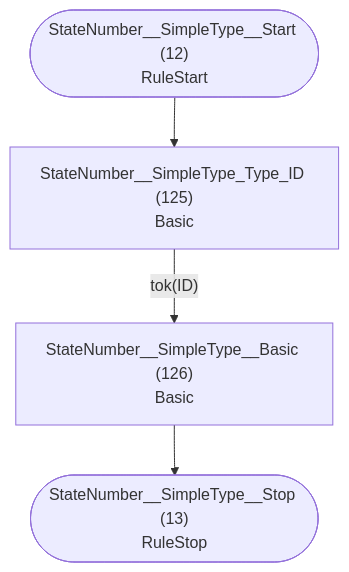
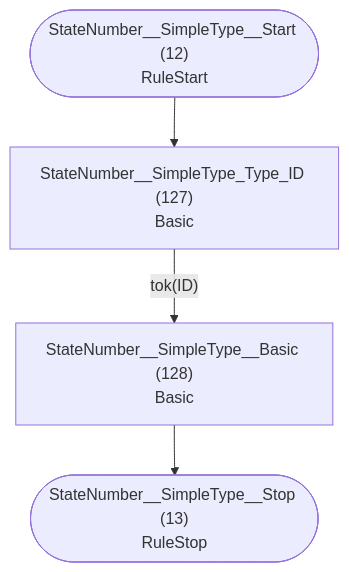
The seventh of 33 diagrams in internal/grammar/atn.md (TypeFox/fastbelt), drawn with Mermaid before and after one commit. The commit also changed other lines of this file and 6 other files, not shown here.

````diff
--- a/internal/grammar/atn.md
+++ b/internal/grammar/atn.md
@@ -200,11 +200,11 @@
 ```mermaid
 flowchart TD
     q12(["StateNumber__SimpleType__Start (12)<br/>RuleStart"])
     q13(["StateNumber__SimpleType__Stop (13)<br/>RuleStop"])
-    q125["StateNumber__SimpleType_Type_ID (125)<br/>Basic<br/>"]
-    q126["StateNumber__SimpleType__Basic (126)<br/>Basic<br/>"]
+    q127["StateNumber__SimpleType_Type_ID (127)<br/>Basic<br/>"]
+    q128["StateNumber__SimpleType__Basic (128)<br/>Basic<br/>"]
 
-    q12 --> q125
-    q125 -->|"tok(ID)"| q126
-    q126 --> q13
+    q12 --> q127
+    q127 -->|"tok(ID)"| q128
+    q128 --> q13
 ```
````
